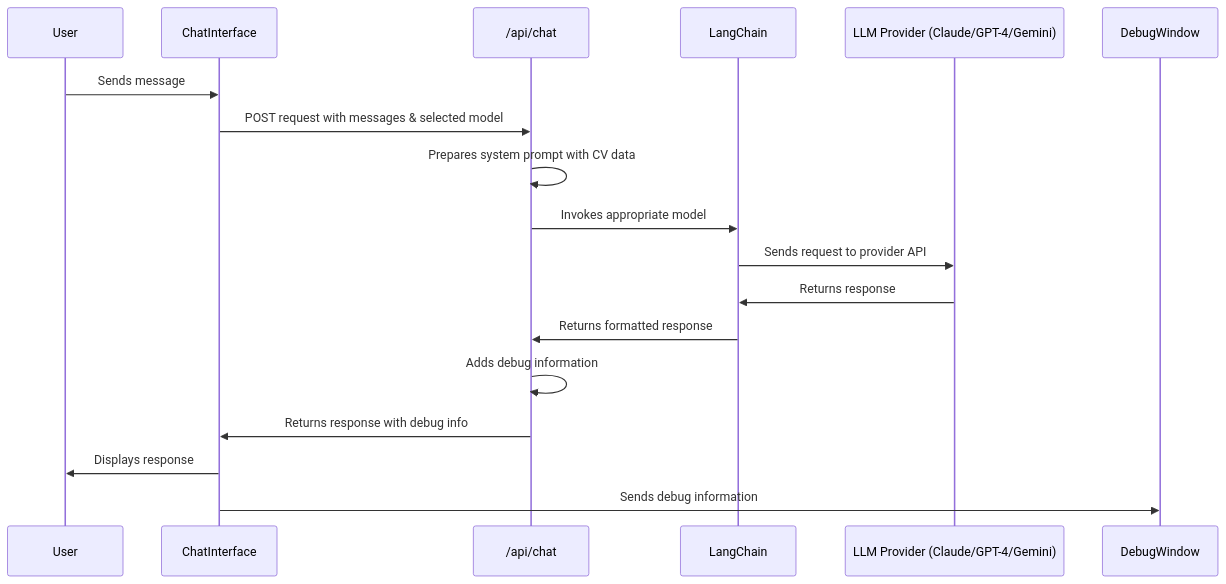
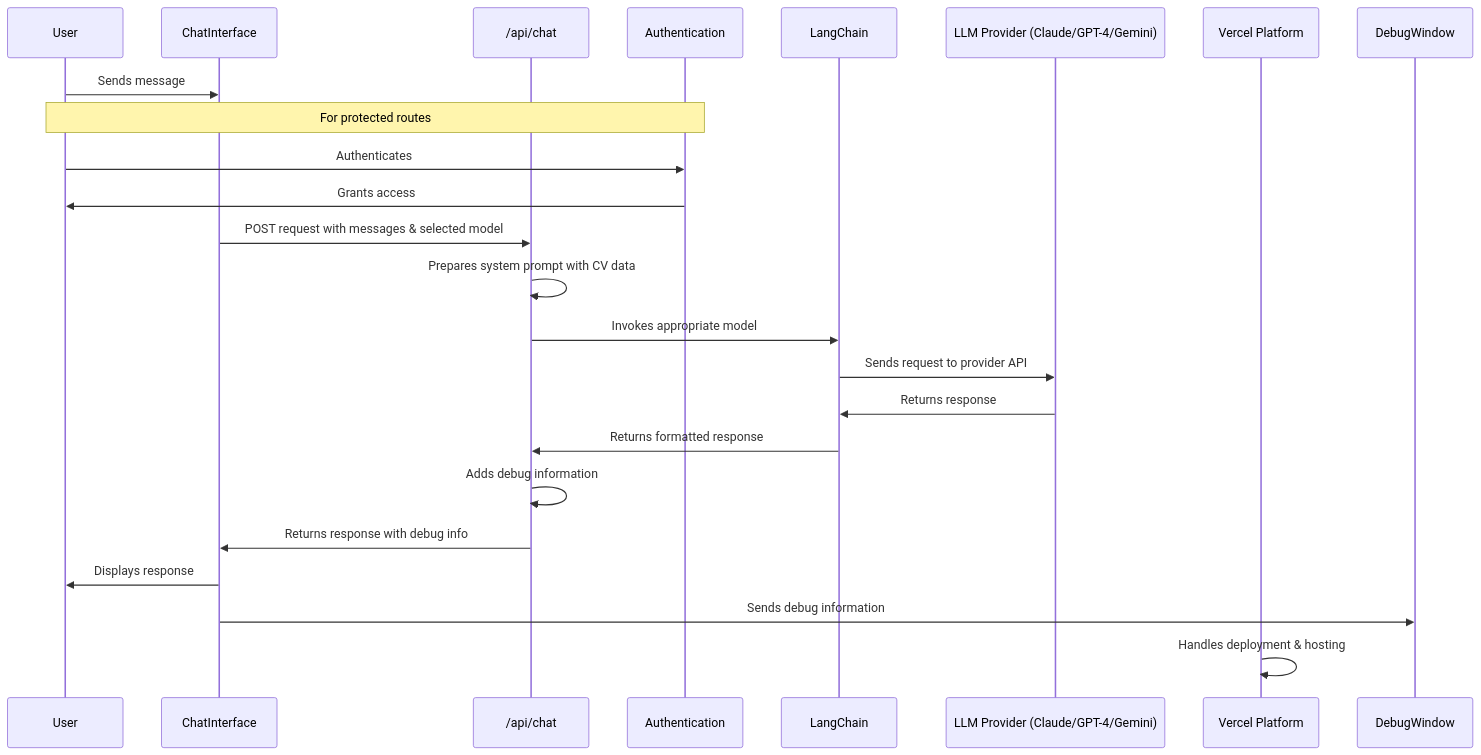
The second of 2 diagrams in README.md (dawsonpaul/cv-website), drawn with Mermaid before and after one commit. The commit also changed other lines of this file and 13 other files, not shown here.

Commit message:
Update README with security/authentication and Vercel deployment details; add authentication components

````diff
--- a/README.md
+++ b/README.md
@@ -69,20 +77,26 @@
 ```mermaid
 sequenceDiagram
     participant User
     participant ChatInterface
     participant APIRoute as /api/chat
+    participant Auth as Authentication
     participant LangChain
     participant LLMProvider as LLM Provider (Claude/GPT-4/Gemini)
-    
+    participant Vercel as Vercel Platform
+
     User->>ChatInterface: Sends message
+    Note over User,Auth: For protected routes
+    User->>Auth: Authenticates
+    Auth->>User: Grants access
     ChatInterface->>APIRoute: POST request with messages & selected model
     APIRoute->>APIRoute: Prepares system prompt with CV data
     APIRoute->>LangChain: Invokes appropriate model
     LangChain->>LLMProvider: Sends request to provider API
     LLMProvider->>LangChain: Returns response
     LangChain->>APIRoute: Returns formatted response
     APIRoute->>APIRoute: Adds debug information
     APIRoute->>ChatInterface: Returns response with debug info
     ChatInterface->>User: Displays response
     ChatInterface->>DebugWindow: Sends debug information
+    Vercel->>Vercel: Handles deployment & hosting
 ```
````
